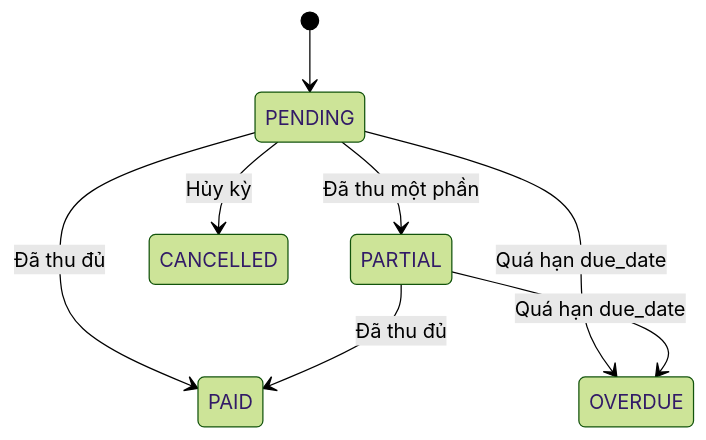
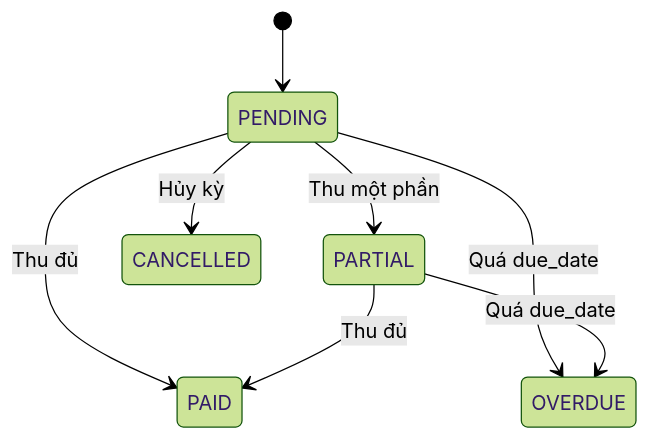
One commit to TamDaE2k5/english_center changed the third of 4 diagrams in services/finance/docs/finance-schema-spec.md. Above: the diagram before and after it, drawn with Mermaid (forest theme). The commit also changed other lines of this file and 26 other files, not shown here.

````diff
--- a/services/finance/docs/finance-schema-spec.md
+++ b/services/finance/docs/finance-schema-spec.md
@@ -361,10 +699,10 @@
 ```mermaid
 stateDiagram-v2
     [*] --> PENDING
-    PENDING --> PARTIAL : Đã thu một phần
-    PENDING --> PAID : Đã thu đủ
-    PARTIAL --> PAID : Đã thu đủ
-    PENDING --> OVERDUE : Quá hạn due_date
-    PARTIAL --> OVERDUE : Quá hạn due_date
+    PENDING --> PARTIAL : Thu một phần
+    PENDING --> PAID : Thu đủ
+    PARTIAL --> PAID : Thu đủ
+    PENDING --> OVERDUE : Quá due_date
+    PARTIAL --> OVERDUE : Quá due_date
     PENDING --> CANCELLED : Hủy kỳ
 ```
````
